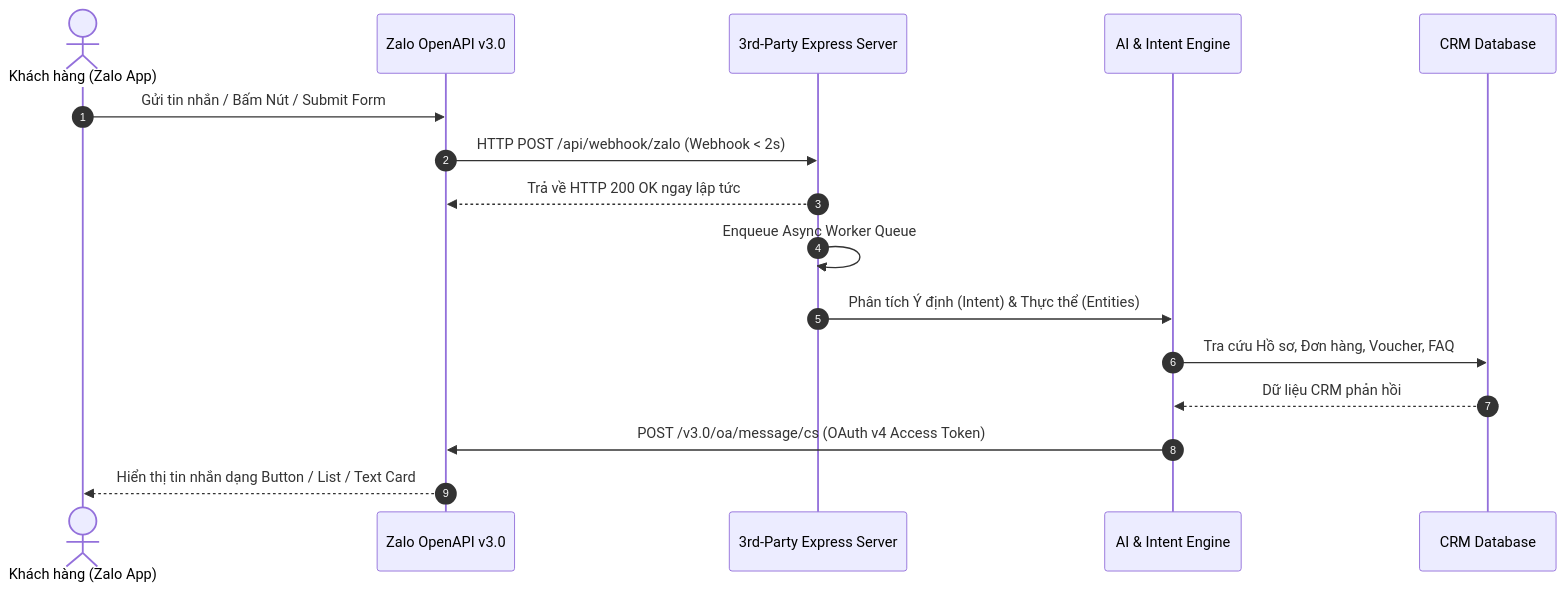
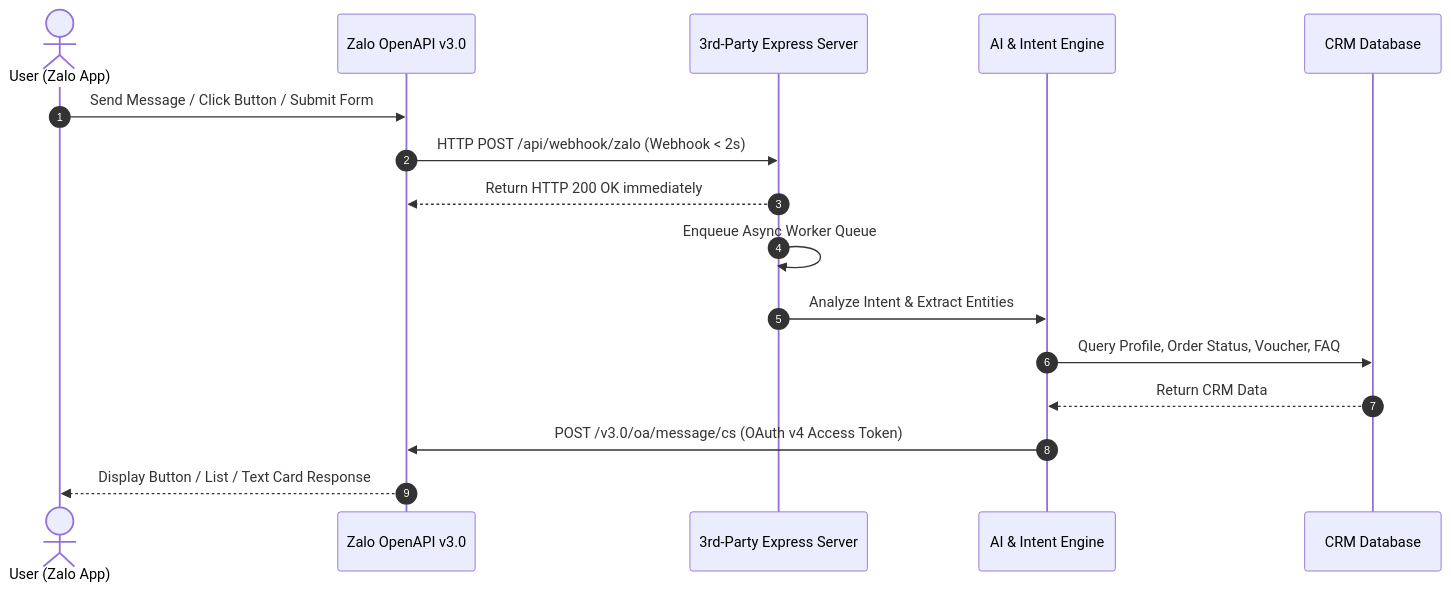
Before and after one commit to chungkio/zalo-3rd-party-integration-simulator: the diagram in README.md, drawn with Mermaid. The commit also changed other lines of this file, not shown here.

````diff
--- a/README.md
+++ b/README.md
@@ -53,19 +53,19 @@
 ```mermaid
 sequenceDiagram
     autonumber
-    actor User as Khách hàng (Zalo App)
+    actor User as User (Zalo App)
     participant ZaloOA as Zalo OpenAPI v3.0
     participant Backend as 3rd-Party Express Server
     participant AI as AI & Intent Engine
     participant CRM as CRM Database
 
-    User->>ZaloOA: Gửi tin nhắn / Bấm Nút / Submit Form
+    User->>ZaloOA: Send Message / Click Button / Submit Form
     ZaloOA->>Backend: HTTP POST /api/webhook/zalo (Webhook < 2s)
-    Backend-->>ZaloOA: Trả về HTTP 200 OK ngay lập tức
+    Backend-->>ZaloOA: Return HTTP 200 OK immediately
     Backend->>Backend: Enqueue Async Worker Queue
-    Backend->>AI: Phân tích Ý định (Intent) & Thực thể (Entities)
-    AI->>CRM: Tra cứu Hồ sơ, Đơn hàng, Voucher, FAQ
-    CRM-->>AI: Dữ liệu CRM phản hồi
+    Backend->>AI: Analyze Intent & Extract Entities
+    AI->>CRM: Query Profile, Order Status, Voucher, FAQ
+    CRM-->>AI: Return CRM Data
     AI->>ZaloOA: POST /v3.0/oa/message/cs (OAuth v4 Access Token)
-    ZaloOA-->>User: Hiển thị tin nhắn dạng Button / List / Text Card
+    ZaloOA-->>User: Display Button / List / Text Card Response
 ```
````
